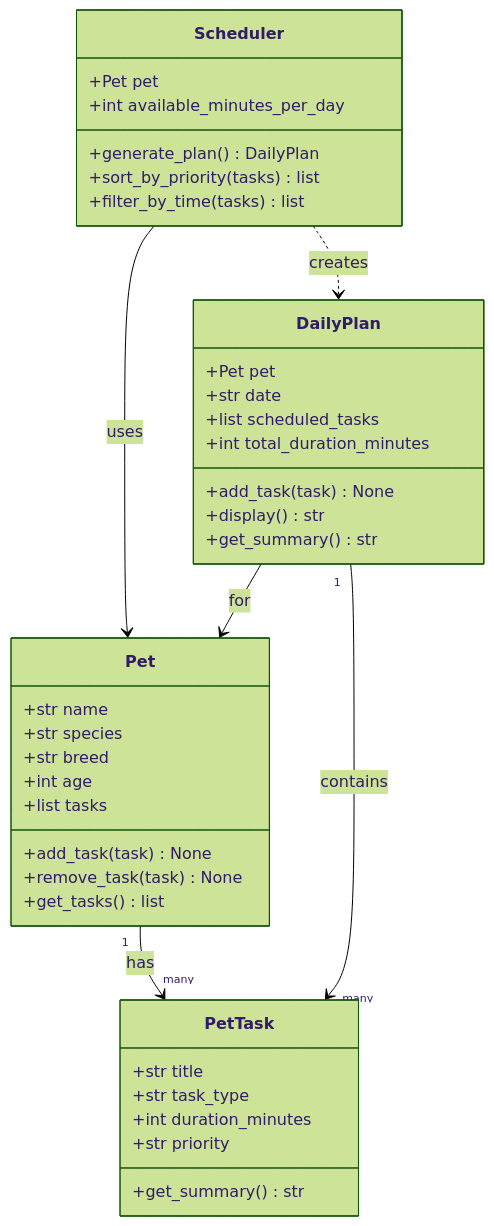
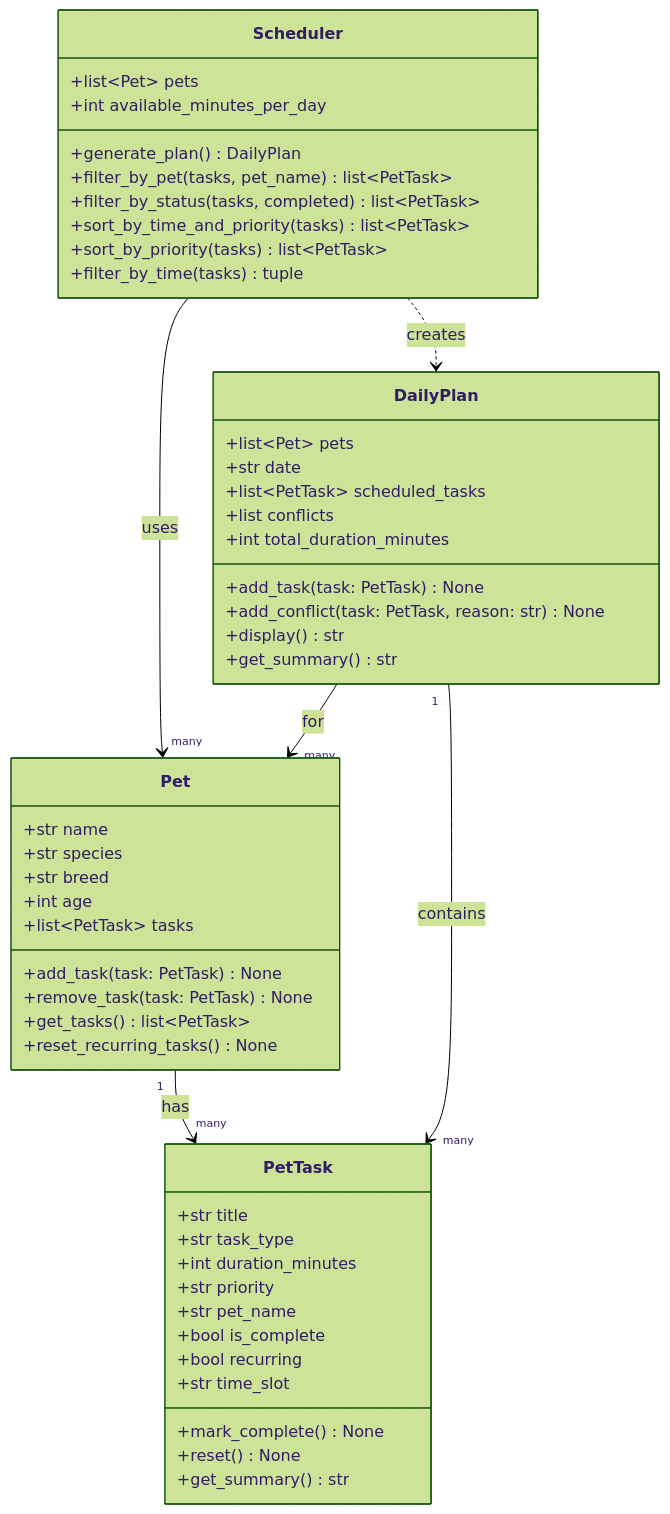
One commit to yepezjuan/ai110-module2show-pawpal-starter changed the diagram in diagrams/design.md. Above: the diagram before and after it, drawn with Mermaid (forest theme). The commit also changed other lines of this file and 4 other files, not shown here.

````diff
--- a/diagrams/design.md
+++ b/diagrams/design.md
@@ -26,45 +26,57 @@
 ```mermaid
 classDiagram
+    class PetTask {
+        +str title
+        +str task_type
+        +int duration_minutes
+        +str priority
+        +str pet_name
+        +bool is_complete
+        +bool recurring
+        +str time_slot
+        +mark_complete() None
+        +reset() None
+        +get_summary() str
+    }
+
     class Pet {
         +str name
         +str species
         +str breed
         +int age
-        +list tasks
-        +add_task(task) None
-        +remove_task(task) None
-        +get_tasks() list
-    }
-
-    class PetTask {
-        +str title
-        +str task_type
-        +int duration_minutes
-        +str priority
-        +get_summary() str
+        +list~PetTask~ tasks
+        +add_task(task: PetTask) None
+        +remove_task(task: PetTask) None
+        +get_tasks() list~PetTask~
+        +reset_recurring_tasks() None
     }
 
     class Scheduler {
-        +Pet pet
+        +list~Pet~ pets
         +int available_minutes_per_day
         +generate_plan() DailyPlan
-        +sort_by_priority(tasks) list
-        +filter_by_time(tasks) list
+        +filter_by_pet(tasks, pet_name) list~PetTask~
+        +filter_by_status(tasks, completed) list~PetTask~
+        +sort_by_time_and_priority(tasks) list~PetTask~
+        +sort_by_priority(tasks) list~PetTask~
+        +filter_by_time(tasks) tuple
     }
 
     class DailyPlan {
-        +Pet pet
+        +list~Pet~ pets
         +str date
-        +list scheduled_tasks
+        +list~PetTask~ scheduled_tasks
+        +list conflicts
         +int total_duration_minutes
-        +add_task(task) None
+        +add_task(task: PetTask) None
+        +add_conflict(task: PetTask, reason: str) None
         +display() str
         +get_summary() str
     }
 
     Pet "1" --> "many" PetTask : has
-    Scheduler --> Pet : uses
+    Scheduler --> "many" Pet : uses
     Scheduler ..> DailyPlan : creates
-    DailyPlan --> Pet : for
+    DailyPlan --> "many" Pet : for
     DailyPlan "1" --> "many" PetTask : contains
 ```
````
